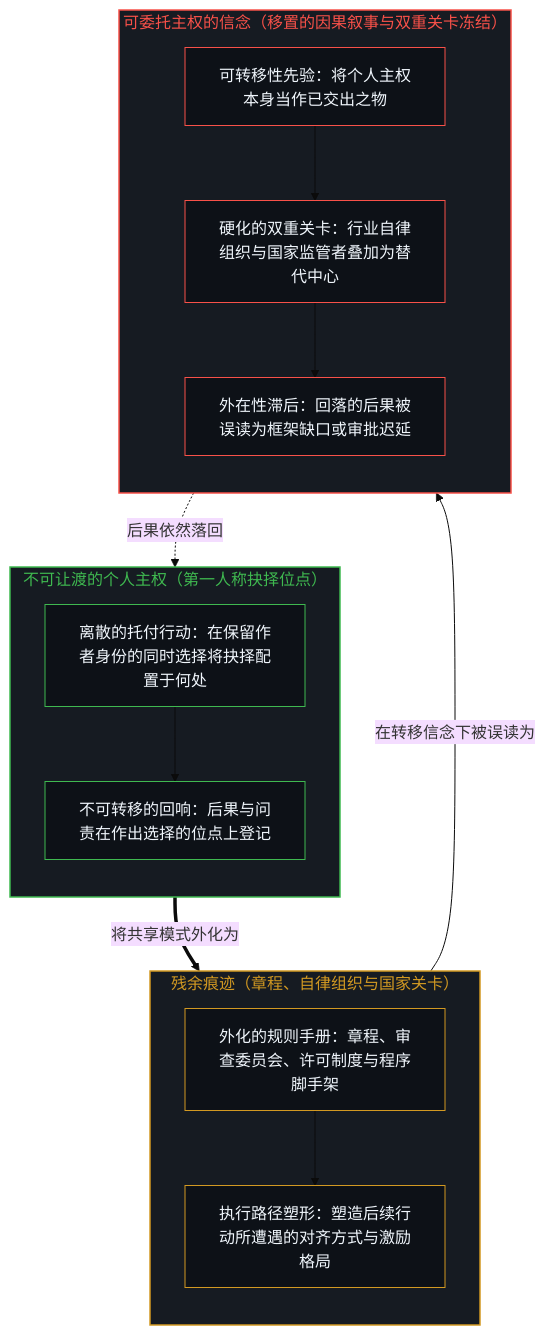
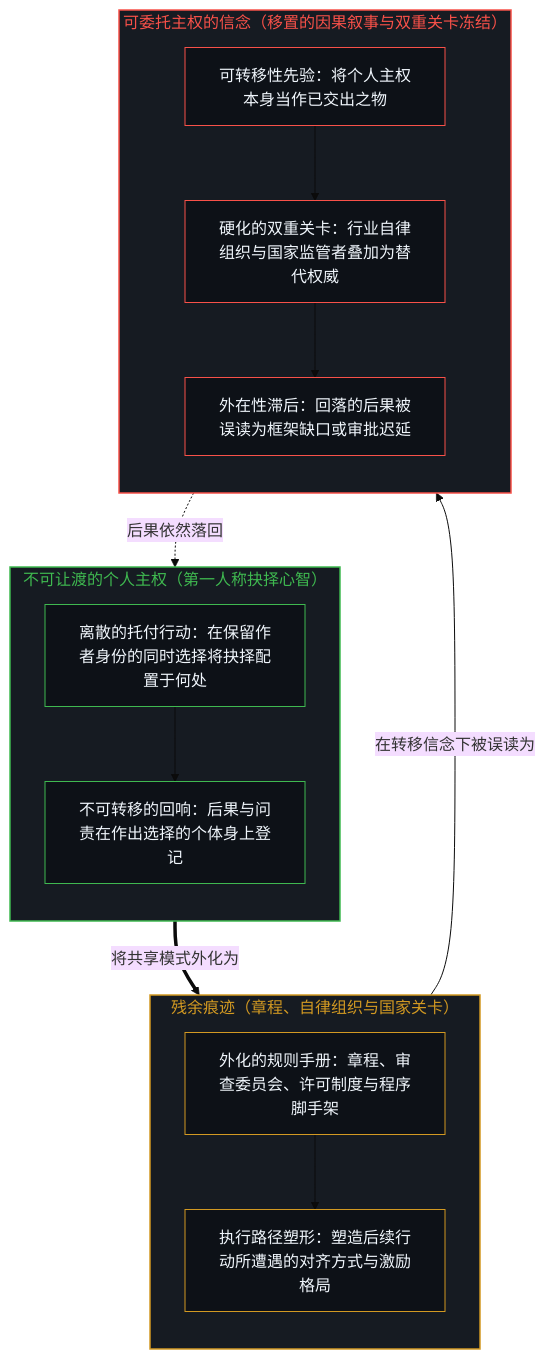
One commit to powerpig99/not-a-toe changed the first of 2 diagrams in content/posts/sovereignty-belief-and-regulatory-structures.md. Above: the diagram before and after it, drawn with Mermaid (base theme). The commit also changed other lines of this file and 3 other files, not shown here.

````diff
--- a/content/posts/sovereignty-belief-and-regulatory-structures.md
+++ b/content/posts/sovereignty-belief-and-regulatory-structures.md
@@ -41,36 +41,36 @@
 ```mermaid
 flowchart TD
-    subgraph S_Locus["不可让渡的个人主权（第一人称抉择位点）"]
+    subgraph S_Locus["不可让渡的个人主权（第一人称抉择心智）"]
         direction TB
         Choose["离散的托付行动：在保留作者身份的同时选择将抉择配置于何处"]
-        Return["不可转移的回响：后果与问责在作出选择的位点上登记"]
+        Return["不可转移的回响：后果与问责在作出选择的个体身上登记"]
         Choose --> Return
     end
     subgraph S_Residue["残余痕迹（章程、自律组织与国家关卡）"]
         direction TB
         Traces["外化的规则手册：章程、审查委员会、许可制度与程序脚手架"]
         Pattern["执行路径塑形：塑造后续行动所遭遇的对齐方式与激励格局"]
         Traces --> Pattern
     end
     subgraph S_Freeze["可委托主权的信念（移置的因果叙事与双重关卡冻结）"]
         direction TB
         Belief["可转移性先验：将个人主权本身当作已交出之物"]
-        DualGate["硬化的双重关卡：行业自律组织与国家监管者叠加为替代中心"]
+        DualGate["硬化的双重关卡：行业自律组织与国家监管者叠加为替代权威"]
         Lag["外在性滞后：回落的后果被误读为框架缺口或审批迟延"]
         Belief --> DualGate
         DualGate --> Lag
     end
     Choose ==>|"将共享模式外化为"| Traces
     Pattern -->|"在转移信念下被误读为"| Belief
     Lag -.->|"后果依然落回"| Return
     style S_Locus fill:#161b22,stroke:#3fb950,stroke-width:1.5px,color:#3fb950
     style S_Residue fill:#161b22,stroke:#d29922,stroke-width:1.5px,color:#d29922
     style S_Freeze fill:#161b22,stroke:#f85149,stroke-width:1.5px,color:#f85149
     style Choose fill:#0d1117,stroke:#3fb950,stroke-width:1px,color:#f0f6fc
     style Return fill:#0d1117,stroke:#3fb950,stroke-width:1px,color:#f0f6fc
     style Traces fill:#0d1117,stroke:#d29922,stroke-width:1px,color:#f0f6fc
     style Pattern fill:#0d1117,stroke:#d29922,stroke-width:1px,color:#f0f6fc
     style Belief fill:#0d1117,stroke:#f85149,stroke-width:1px,color:#f0f6fc
     style DualGate fill:#0d1117,stroke:#f85149,stroke-width:1px,color:#f0f6fc
     style Lag fill:#0d1117,stroke:#f85149,stroke-width:1px,color:#f0f6fc
 ```
````
